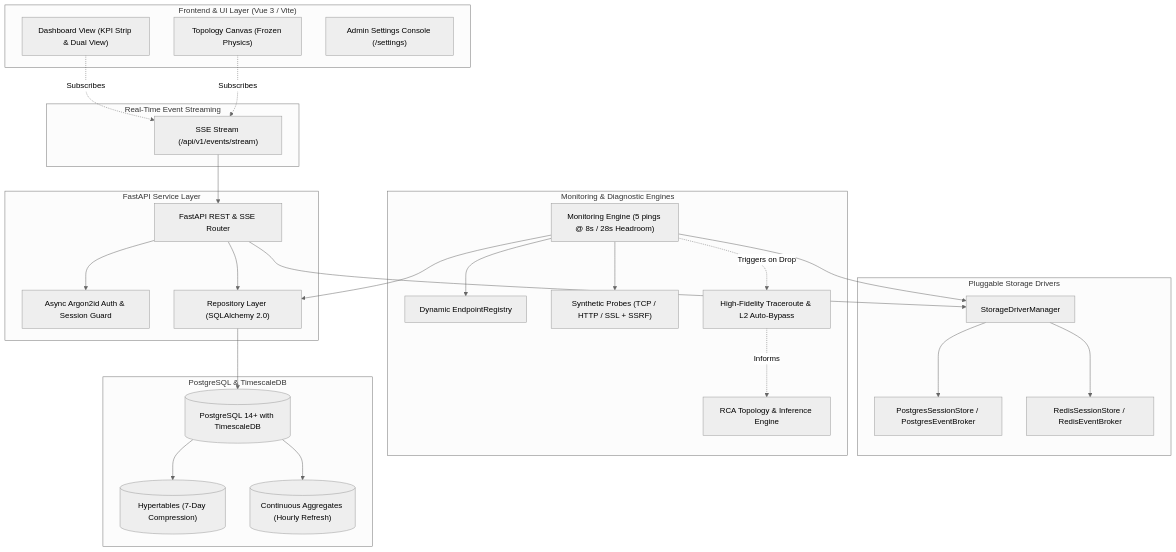
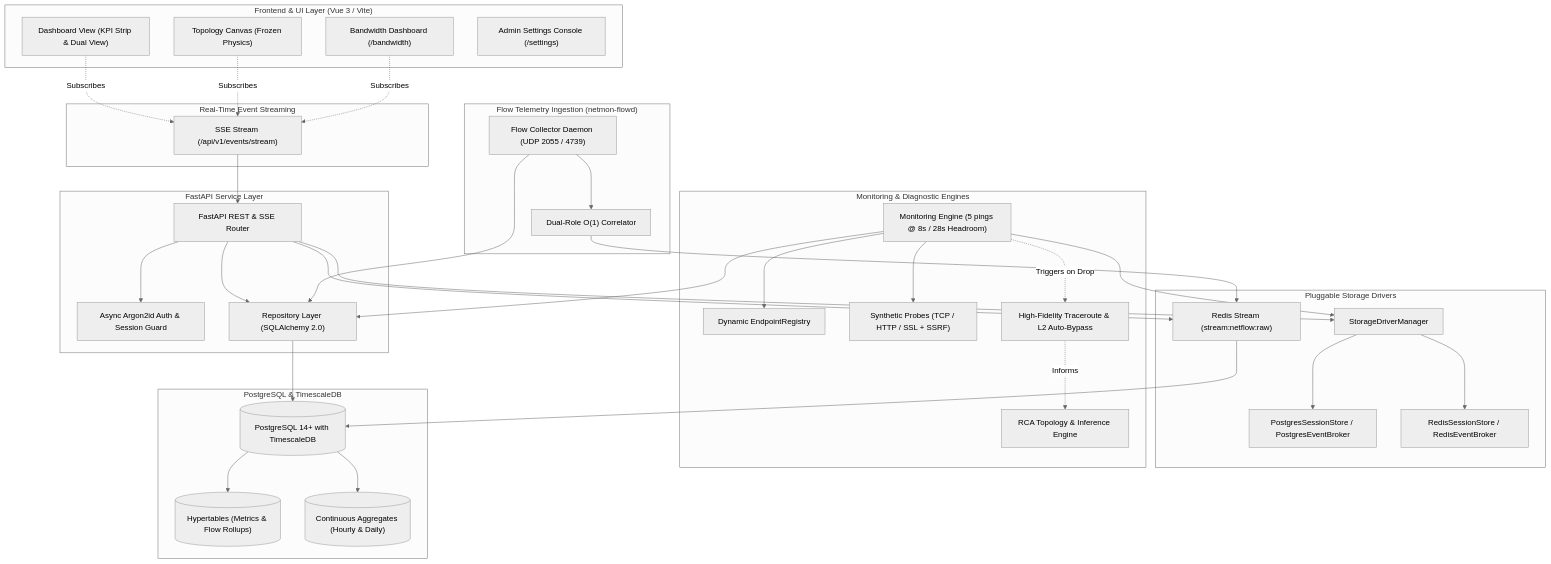
Before and after one commit to dc8official/lnmp: the first of 3 diagrams in docs/architecture.md, drawn with Mermaid (neutral theme). The commit also changed other lines of this file and 18 other files, not shown here.

````diff
--- a/docs/architecture.md
+++ b/docs/architecture.md
@@ -72,57 +88,71 @@
 ```mermaid
 flowchart TD
     subgraph UI_Layer["Frontend & UI Layer (Vue 3 / Vite)"]
         A["Dashboard View (KPI Strip & Dual View)"]
         T["Topology Canvas (Frozen Physics)"]
+        BW["Bandwidth Dashboard (/bandwidth)"]
         S["Admin Settings Console (/settings)"]
     end
 
     subgraph SSE_Stream["Real-Time Event Streaming"]
         E_STREAM["SSE Stream (/api/v1/events/stream)"]
         A -.->|Subscribes| E_STREAM
         T -.->|Subscribes| E_STREAM
+        BW -.->|Subscribes| E_STREAM
     end
 
     subgraph API_Layer["FastAPI Service Layer"]
         B["FastAPI REST & SSE Router"]
         AUTH["Async Argon2id Auth & Session Guard"]
         REPO["Repository Layer (SQLAlchemy 2.0)"]
     end
 
     subgraph Storage_Drivers["Pluggable Storage Drivers"]
         MGR["StorageDriverManager"]
         PS["PostgresSessionStore / PostgresEventBroker"]
         RS["RedisSessionStore / RedisEventBroker"]
+        R_STREAM["Redis Stream (stream:netflow:raw)"]
         MGR --> PS
         MGR --> RS
     end
 
     subgraph Monitoring_Core["Monitoring & Diagnostic Engines"]
         ENG["Monitoring Engine (5 pings @ 8s / 28s Headroom)"]
         REG["Dynamic EndpointRegistry"]
         SYN["Synthetic Probes (TCP / HTTP / SSL + SSRF)"]
         TR["High-Fidelity Traceroute & L2 Auto-Bypass"]
         RCA["RCA Topology & Inference Engine"]
     end
 
+    subgraph Flow_Ingestion["Flow Telemetry Ingestion (netmon-flowd)"]
+        FLOWD["Flow Collector Daemon (UDP 2055 / 4739)"]
+        CORR["Dual-Role O(1) Correlator"]
+        FLOWD --> CORR
+        CORR --> R_STREAM
+    end
+
     subgraph Database_Layer["PostgreSQL & TimescaleDB"]
         DB[("PostgreSQL 14+ with TimescaleDB")]
-        HT[("Hypertables (7-Day Compression)")]
-        CAG[("Continuous Aggregates (Hourly Refresh)")]
+        HT[("Hypertables (Metrics & Flow Rollups)")]
+        CAG[("Continuous Aggregates (Hourly & Daily)")]
         DB --> HT
         DB --> CAG
     end
 
     E_STREAM --> B
     B --> AUTH
     B --> REPO
     REPO --> DB
     B --> MGR
+    B --> R_STREAM
 
     ENG --> REG
     ENG --> SYN
     ENG -.->|Triggers on Drop| TR
     TR -.->|Informs| RCA
     ENG --> REPO
     ENG --> MGR
+
+    FLOWD --> REPO
+    R_STREAM --> DB
 ```
````
